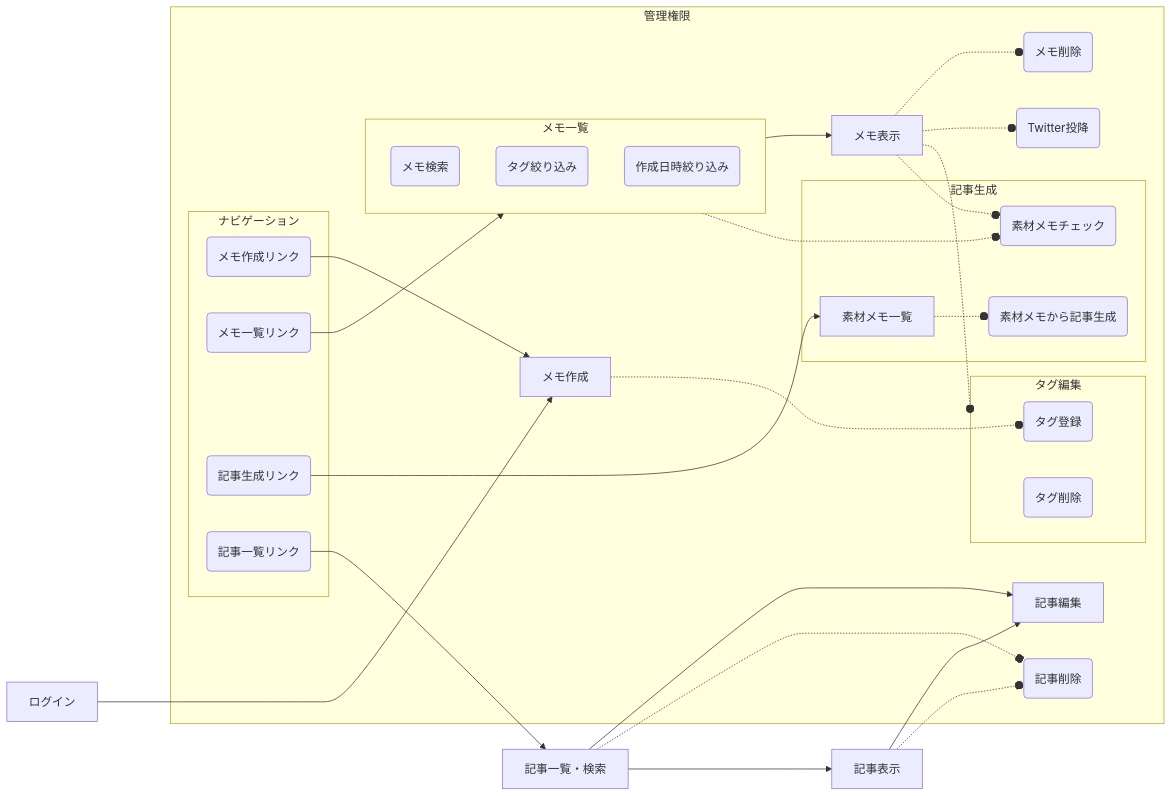
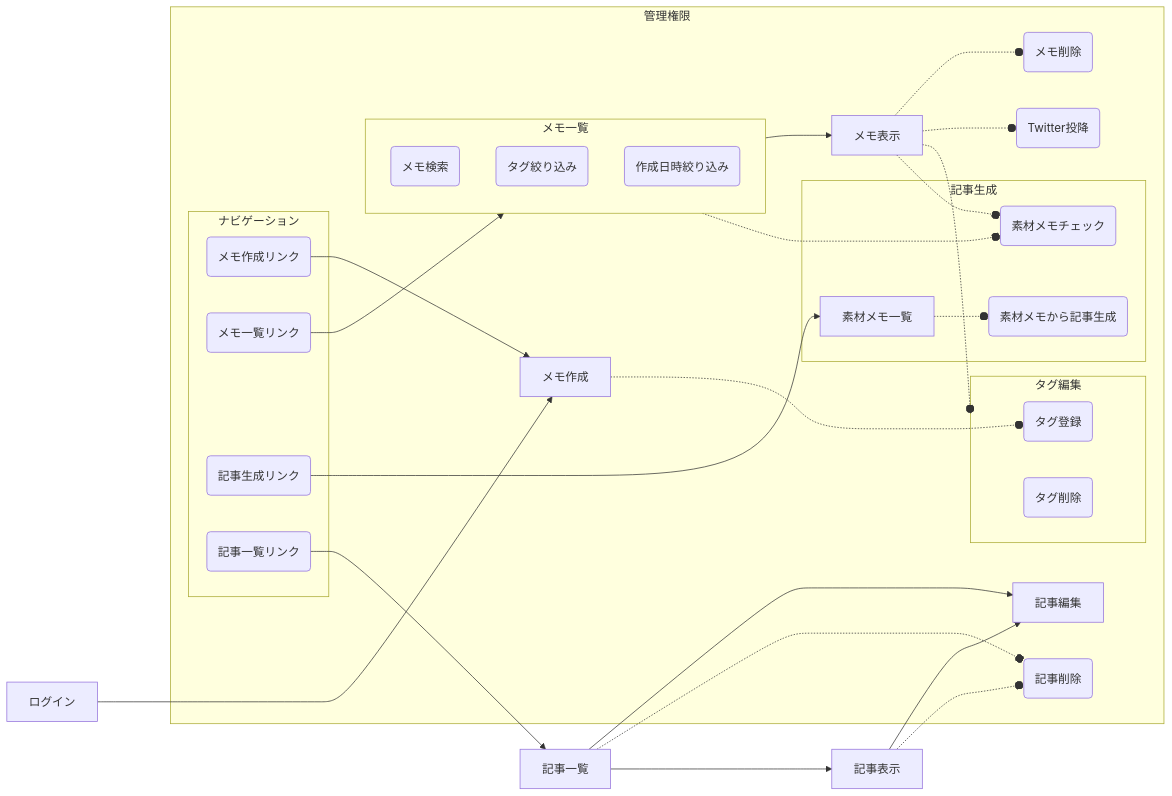
Before and after one commit to joyrswd/memodoc: the diagram in doc/outline.md, drawn with Mermaid. The commit also changed 13 other files, not shown here.

````diff
--- a/doc/outline.md
+++ b/doc/outline.md
@@ -40,73 +40,73 @@
 ```mermaid
 graph LR
 
     A[ログイン]
     B1[メモ作成]
     B2[メモ表示]
     B3(メモ削除)
     B4(Twitter投降)
     C1(タグ登録)
     C2(タグ削除)
     D1(メモ検索)
     D2(タグ絞り込み)
     D3(作成日時絞り込み)
-    E1[記事一覧・検索]
+    E1[記事一覧]
     E2[記事表示]
     E3[記事編集]
     E4(記事削除)
     F1(素材メモチェック)
     F2[素材メモ一覧]
     F3(素材メモから記事生成)
 
     subgraph Navi[ナビゲーション]
         Navi1(メモ作成リンク)
         Navi2(メモ一覧リンク)
         Navi3(記事生成リンク)
         Navi4(記事一覧リンク)
     end
     subgraph C[タグ編集]
         C1
         C2
     end
     subgraph D[メモ一覧]
         D1
         D2
         D3
     end
     subgraph F[記事生成]
         F1
         F2
         F3
     end
     subgraph 管理権限
         Navi
         B1
         B2
         B3
         B4
         C
         D
         E3
         E4
         F
     end
 
     A ----> B1
     B1 .-o C1
     B2 .-o B3
     B2 .-o B4
     B2 .-o C
     B2 .-o F1
     D --> B2
     D .-o F1
     E1 --> E3
     E1 --> E2
     E2 --> E3
     E1 .-o E4
     E2 .-o E4
     F2 .-o F3
     Navi1 --> B1
     Navi2 --> D
     Navi3 --> F2
     Navi4 --> E1
 ```
````
